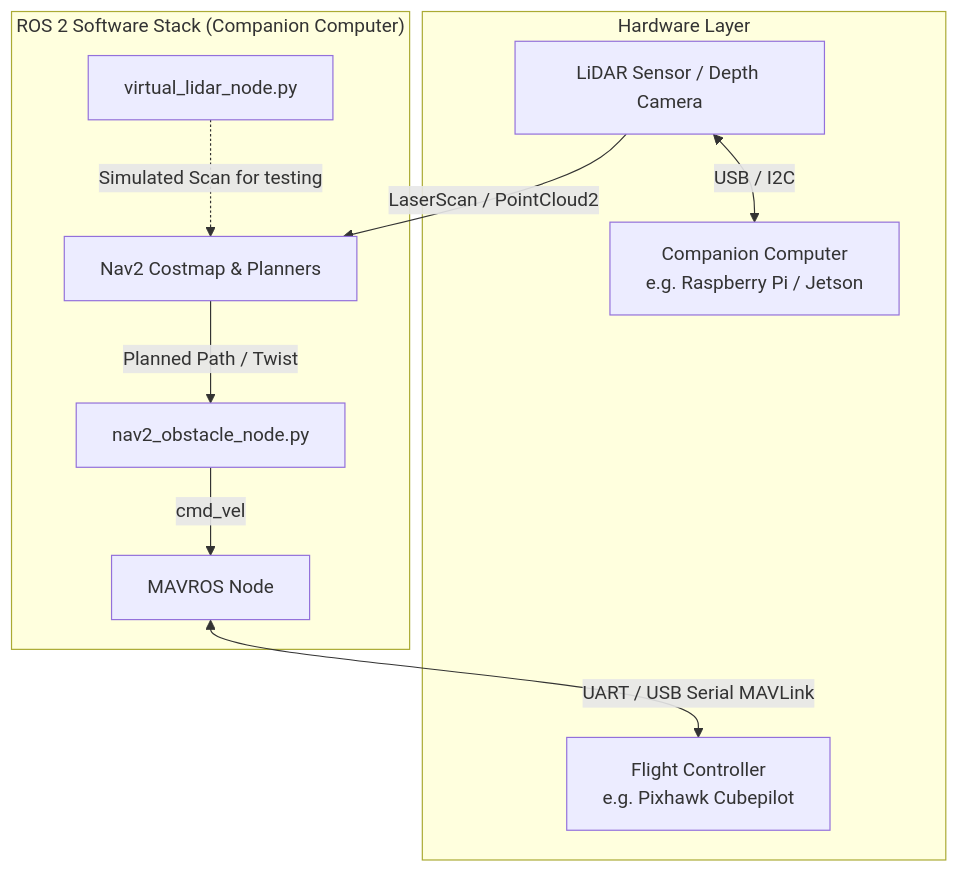
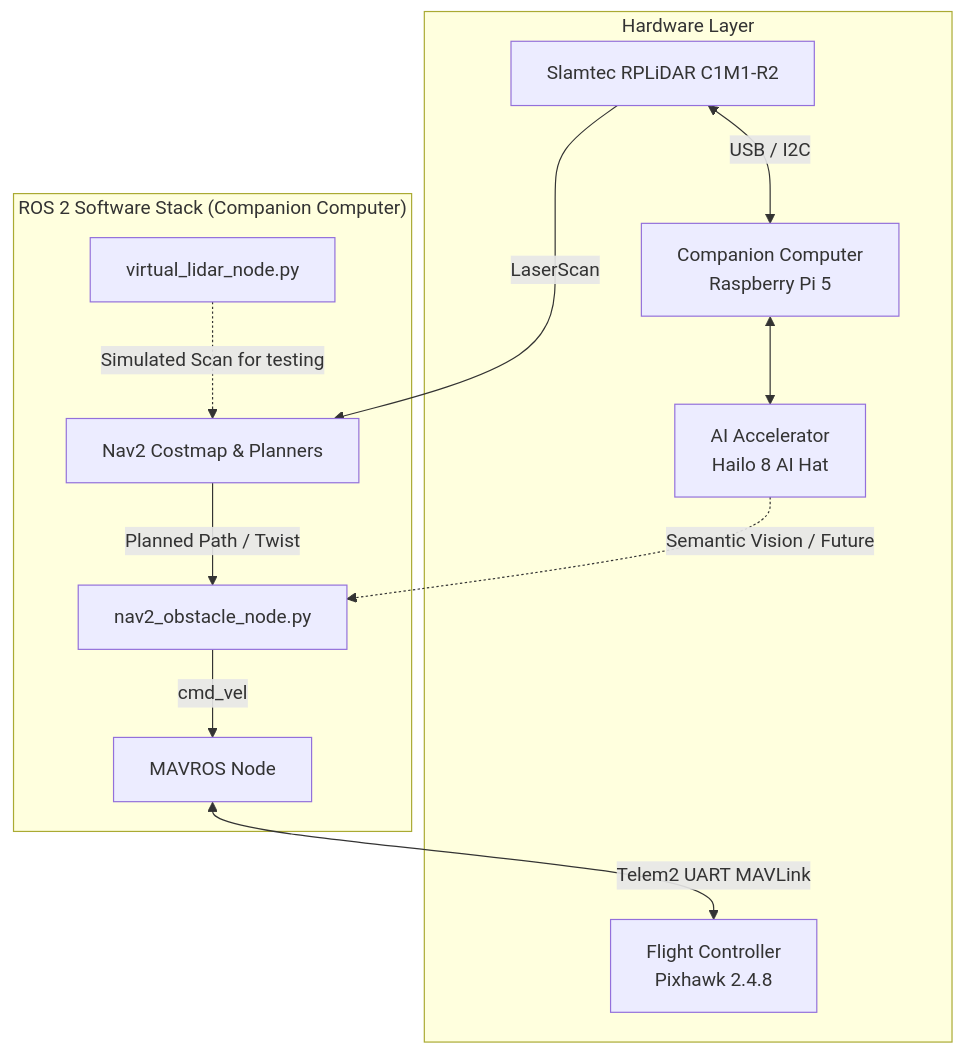
One commit to jalanths/Drone-Autonomy-ROS2 changed the diagram in README.md. Above: the diagram before and after it, drawn with Mermaid. The commit also changed other lines of this file, not shown here.

Commit message:
docs: Update architecture diagram with specific hardware and new 360-degree avoidance logic

````diff
--- a/README.md
+++ b/README.md
@@ -12,24 +12,27 @@
 ```mermaid
 graph TD
     subgraph Hardware Layer
-        Lidar[LiDAR Sensor / Depth Camera]
-        CC[Companion Computer <br> e.g. Raspberry Pi / Jetson]
-        FC[Flight Controller <br> e.g. Pixhawk Cubepilot]
+        Lidar[Slamtec RPLiDAR C1M1-R2]
+        CC[Companion Computer <br> Raspberry Pi 5]
+        NPU[AI Accelerator <br> Hailo 8 AI Hat]
+        FC[Flight Controller <br> Pixhawk 2.4.8]
     end
 
     subgraph "ROS 2 Software Stack (Companion Computer)"
         FakeLidar[virtual_lidar_node.py]
         Nav2[Nav2 Costmap & Planners]
         ObstacleNode[nav2_obstacle_node.py]
         MavrosNode[MAVROS Node]
     end
 
     %% Connections
-    Lidar -->|LaserScan / PointCloud2| Nav2
+    Lidar -->|LaserScan| Nav2
+    NPU -.->|Semantic Vision / Future| ObstacleNode
+    CC <--> NPU
     FakeLidar -.->|Simulated Scan for testing| Nav2
     Nav2 -->|Planned Path / Twist| ObstacleNode
     ObstacleNode -->|cmd_vel| MavrosNode
     
     Lidar <-->|USB / I2C| CC
-    MavrosNode <-->|UART / USB Serial MAVLink| FC
+    MavrosNode <-->|Telem2 UART MAVLink| FC
 ```
````
